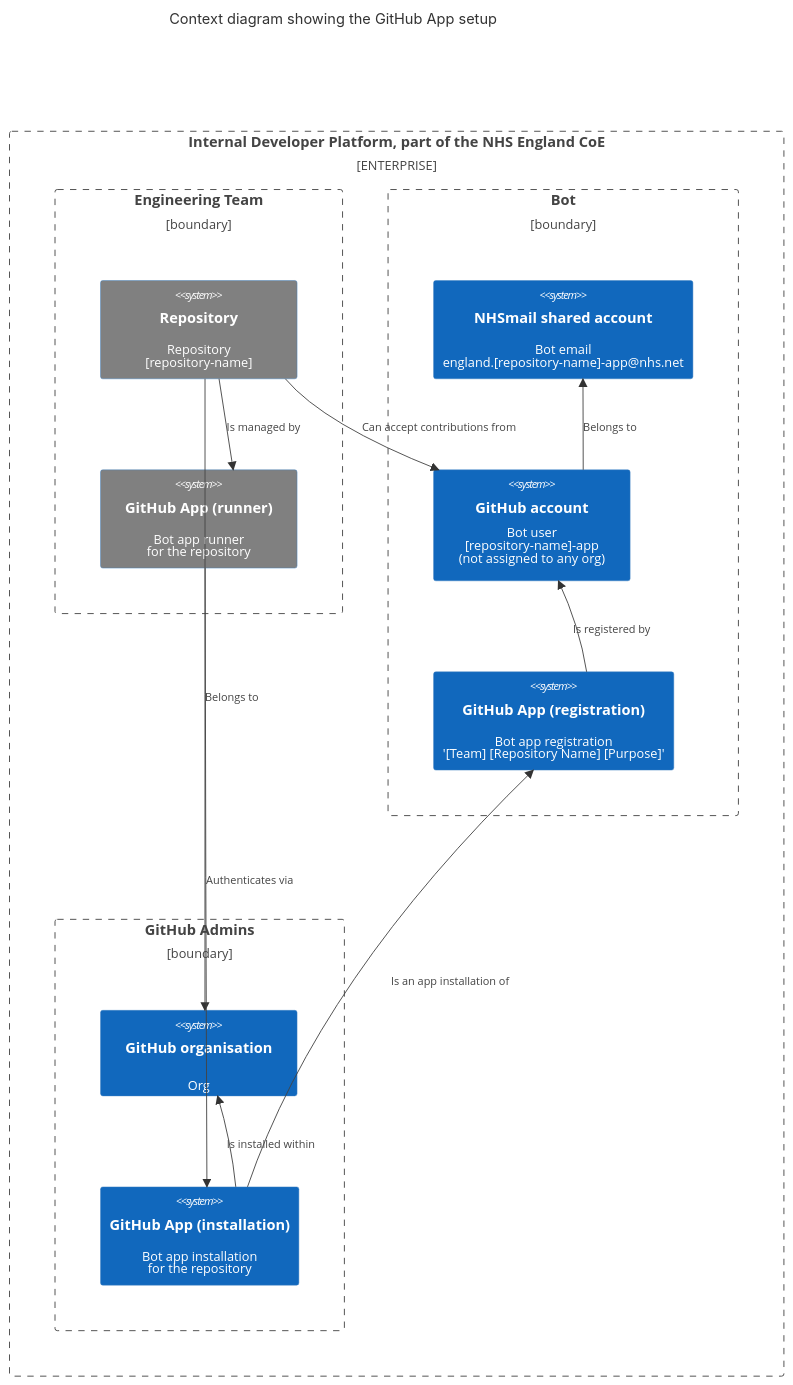
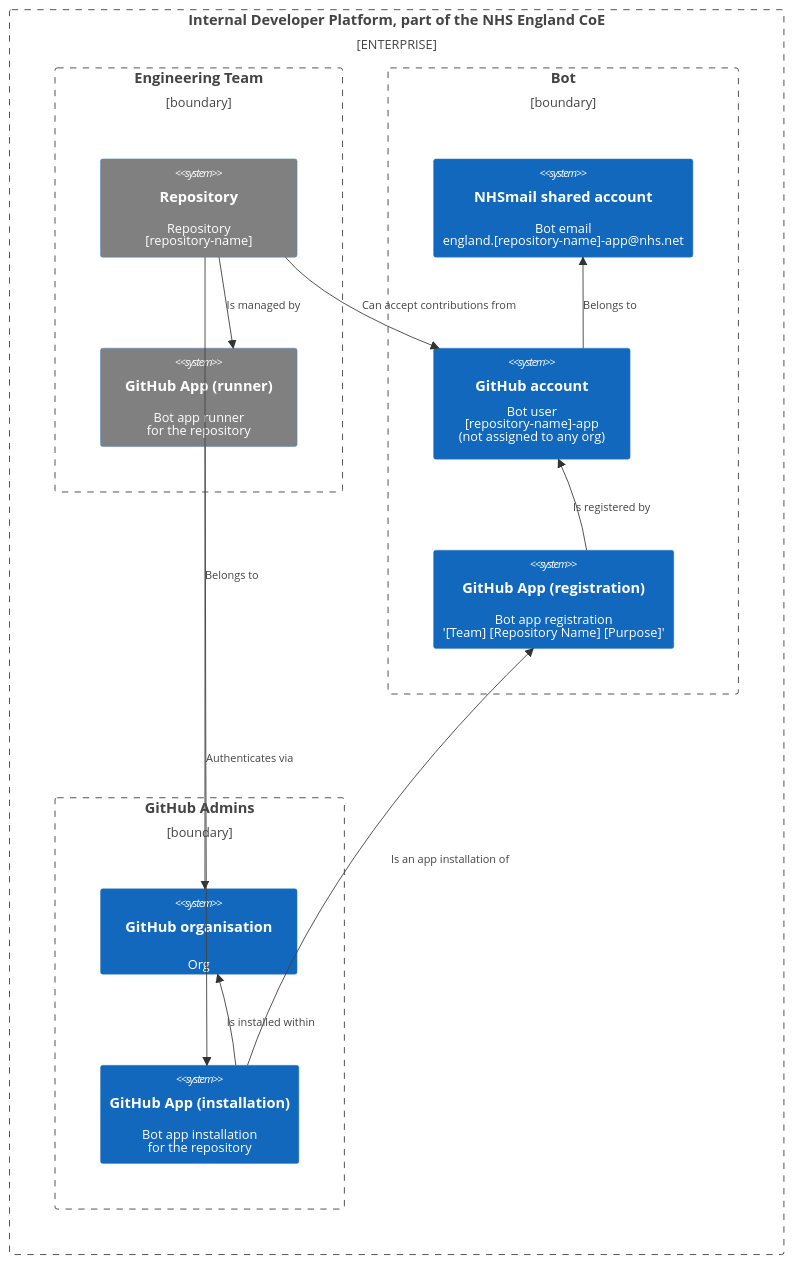
The first of 2 diagrams in docs/adr/ADR-003_Acceptable_use_of_GitHub_PAT_and_Apps_for_authN_and_authZ.md (nhs-england-tools/repository-template), drawn with Mermaid before and after one commit. The commit also changed other lines of this file, not shown here.

Commit message:
Add authentication flow diagram

````diff
--- a/docs/adr/ADR-003_Acceptable_use_of_GitHub_PAT_and_Apps_for_authN_and_authZ.md
+++ b/docs/adr/ADR-003_Acceptable_use_of_GitHub_PAT_and_Apps_for_authN_and_authZ.md
@@ -159,34 +163,33 @@
 ```mermaid
 C4Context
-  title Context diagram showing the GitHub App setup
   Enterprise_Boundary(b0, "Internal Developer Platform, part of the NHS England CoE") {
 
     Boundary(b1, "Engineering Team", "boundary") {
       System(repo, "Repository", "Repository<br>[repository-name]")
       System(github_app_runner, "GitHub App (runner)", "Bot app runner<br>for the repository")
     }
     Rel(repo, github_app_runner, "Is managed by")
 
     Boundary(b2, "Bot", "boundary") {
       System(email_account, "NHSmail shared account", "Bot email<br>england.[repository-name]-app@nhs.net")
       System(github_account, "GitHub account", "Bot user<br>[repository-name]-app<br>(not assigned to any org)")
       System(github_app_registration, "GitHub App (registration)", "Bot app registration<br>'[Team] [Repository Name] [Purpose]'")
     }
     Rel(github_account, email_account, "Belongs to")
     Rel(github_app_registration, github_account, "Is registered by")
 
     Boundary(b3, "GitHub Admins", "boundary") {
       System(github_org, "GitHub organisation", "Org")
       System(github_app_installation, "GitHub App (installation)", "Bot app installation<br>for the repository")
     }
     Rel(github_app_installation, github_org, "Is installed within")
 
     Rel(repo, github_org, "Belongs to")
     Rel(repo, github_account, "Can accept contributions from")
     Rel(github_app_runner, github_app_installation, "Authenticates via")
     Rel(github_app_installation, github_app_registration, "Is an app installation of")
 
     UpdateElementStyle(repo, $bgColor="grey")
     UpdateElementStyle(github_app_runner, $bgColor="grey")
   }
 ```
````
